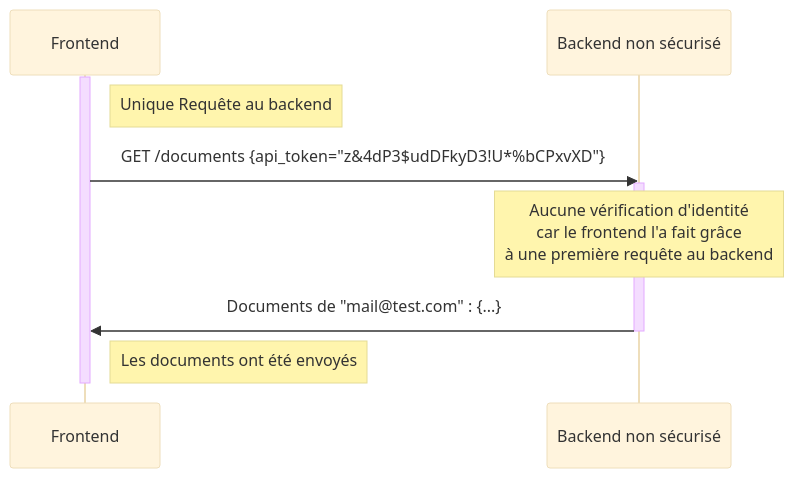
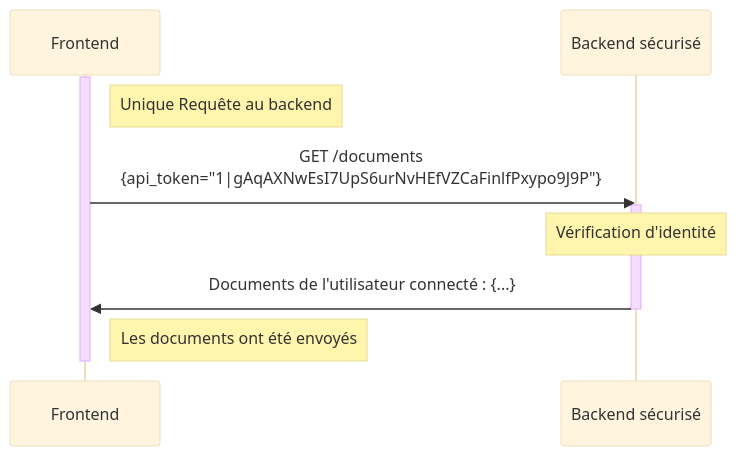
One commit to Alexis-LF/projet-site-securise changed the second of 9 diagrams in BACK_END/README.md. Above: the diagram before and after it, drawn with Mermaid (base theme).

Commit message:
schéma réception docs sécurisé

````diff
--- a/BACK_END/README.md
+++ b/BACK_END/README.md
@@ -28,19 +28,18 @@
 ```mermaid
 
 sequenceDiagram
     participant f as Frontend;
-    participant b as Backend non sécurisé;
+    participant b as Backend sécurisé;
 
     activate f;
     Note right of f: Unique Requête au backend
-    f->>b: GET /documents {api_token="z&4dP3$udDFkyD3!U*%bCPxvXD"};;
+    f->>b: GET /documents<br>{api_token="1|gAqAXNwEsI7UpS6urNvHEfVZCaFinlfPxypo9J9P"};
     activate b;
-    Note over b: Aucune vérification d'identité<br>car le frontend l'a fait grâce<br>à une première requête au backend
-    b->>f: Documents de "mail@test.com" : {...};
+    Note over b: Vérification d'identité
+    b->>f: Documents de l'utilisateur connecté : {...};
     deactivate b;
     Note right of f: Les documents ont été envoyés
 
     deactivate f;
 
-
 ```
````
